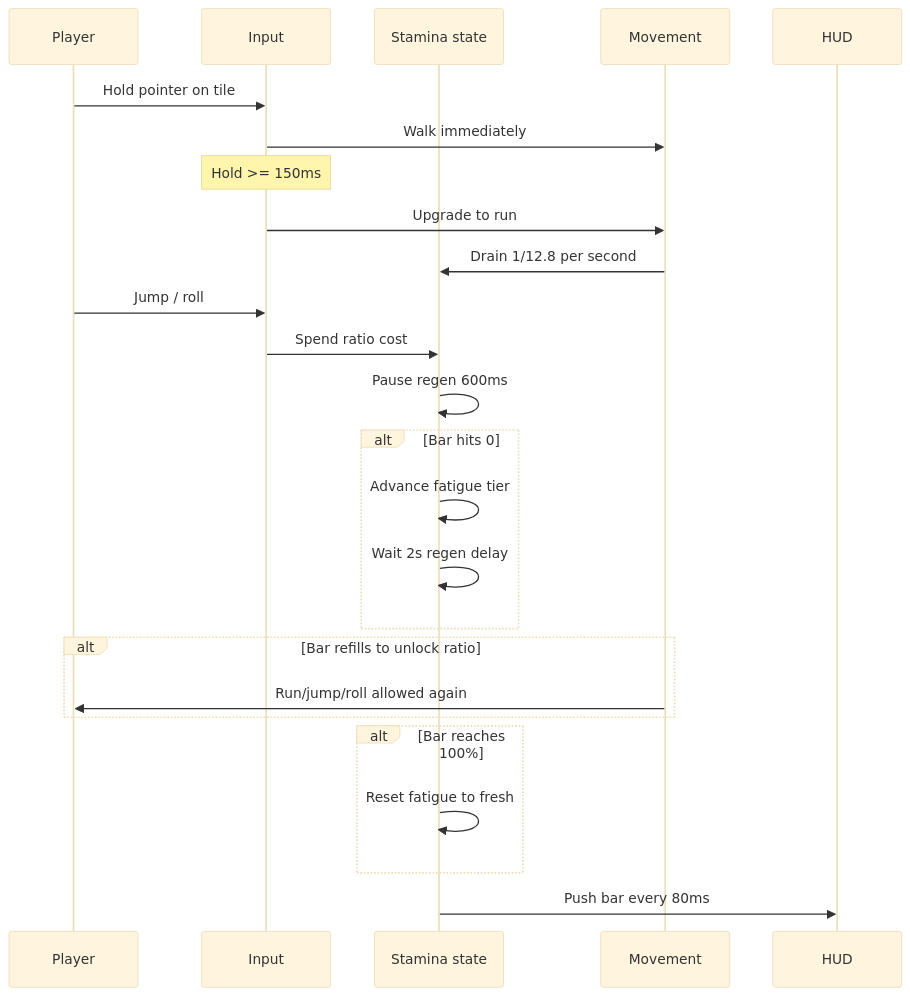
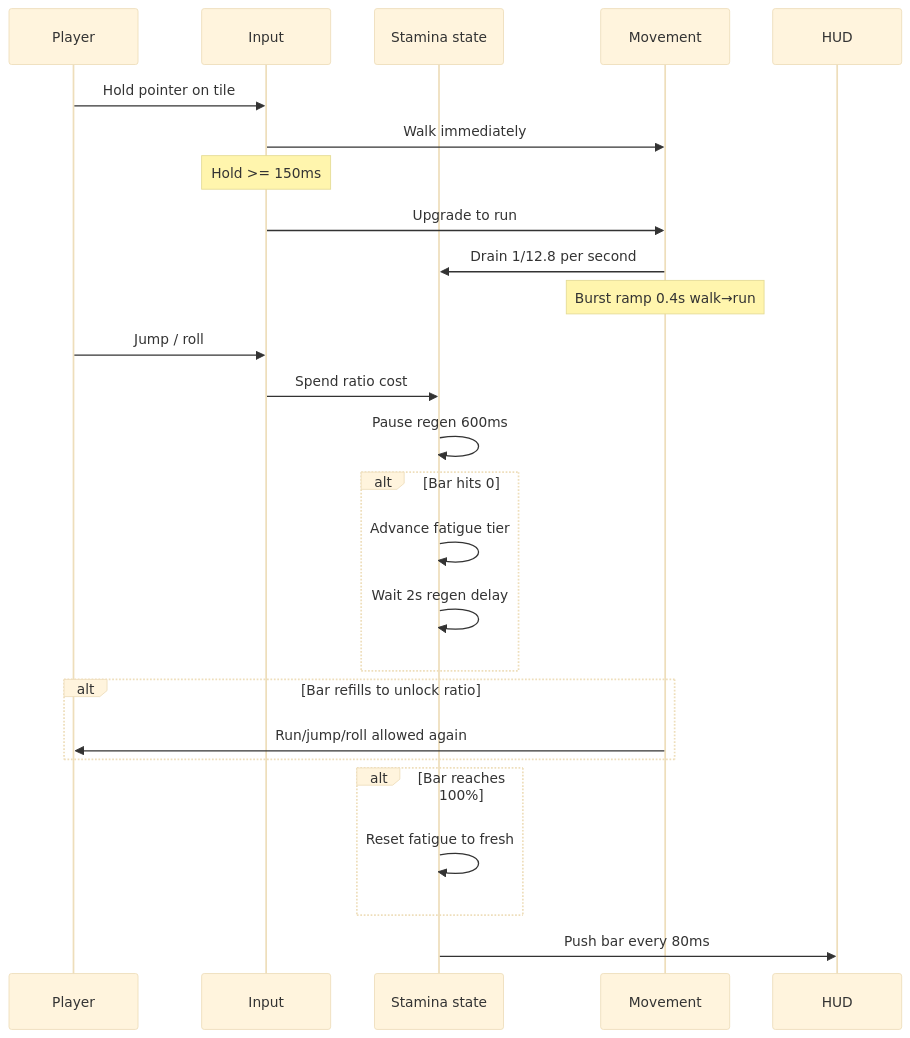
The first of 2 diagrams in gameplay/mechanics/movement-stamina/mechanics.md (Jayrr-Dev/reigncraft), drawn with Mermaid (base theme) before and after one commit. The commit also changed other lines of this file and 12 other files, not shown here.

````diff
--- a/gameplay/mechanics/movement-stamina/mechanics.md
+++ b/gameplay/mechanics/movement-stamina/mechanics.md
@@ -7,33 +7,34 @@
 ```mermaid
 sequenceDiagram
   participant P as Player
   participant IN as Input
   participant ST as Stamina state
   participant MV as Movement
   participant HUD as HUD
 
   P->>IN: Hold pointer on tile
   IN->>MV: Walk immediately
   Note over IN: Hold >= 150ms
   IN->>MV: Upgrade to run
   MV->>ST: Drain 1/12.8 per second
+  Note over MV: Burst ramp 0.4s walk→run
 
   P->>IN: Jump / roll
   IN->>ST: Spend ratio cost
   ST->>ST: Pause regen 600ms
 
   alt Bar hits 0
     ST->>ST: Advance fatigue tier
     ST->>ST: Wait 2s regen delay
   end
 
   alt Bar refills to unlock ratio
     MV->>P: Run/jump/roll allowed again
   end
 
   alt Bar reaches 100%
     ST->>ST: Reset fatigue to fresh
   end
 
   ST->>HUD: Push bar every 80ms
 ```
````
